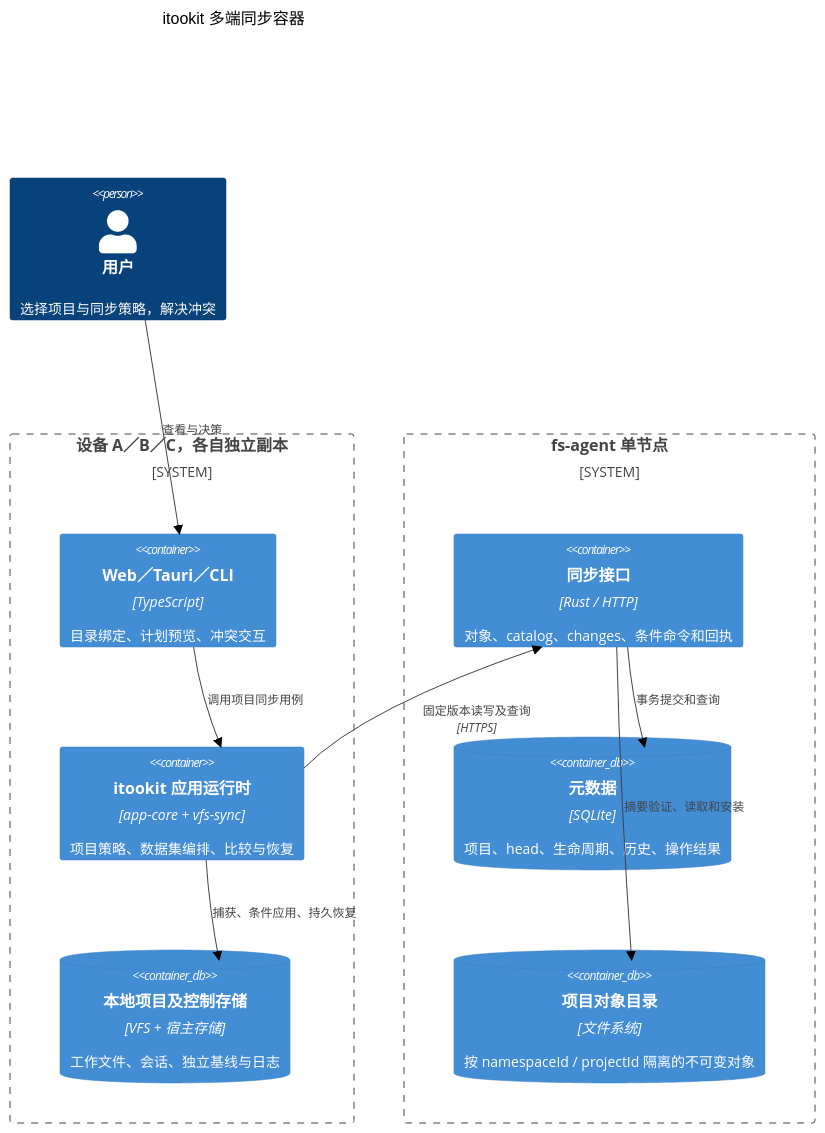
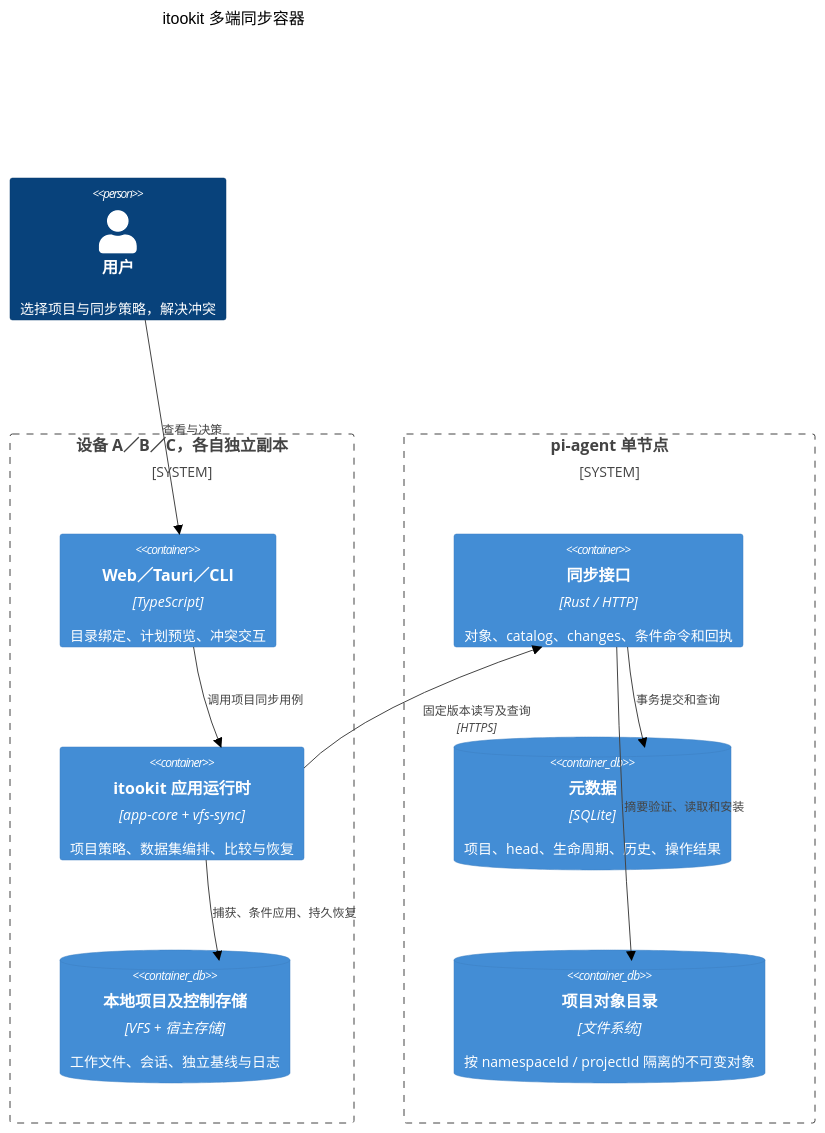
One commit to mushuanli/itookit changed the second of 6 diagrams in doc/design/project-sync.md. Above: the diagram before and after it, drawn with Mermaid (neutral theme). The commit also changed other lines of this file and 188 other files, not shown here.

````diff
--- a/doc/design/project-sync.md
+++ b/doc/design/project-sync.md
@@ -901,21 +901,21 @@
 ```mermaid
 C4Container
     title itookit 多端同步容器
     Person(user, "用户", "选择项目与同步策略，解决冲突")
     System_Boundary(device, "设备 A／B／C，各自独立副本") {
         Container(ui, "Web／Tauri／CLI", "TypeScript", "目录绑定、计划预览、冲突交互")
         Container(app, "itookit 应用运行时", "app-core + vfs-sync", "项目策略、数据集编排、比较与恢复")
         ContainerDb(local, "本地项目及控制存储", "VFS + 宿主存储", "工作文件、会话、独立基线与日志")
     }
-    System_Boundary(server, "fs-agent 单节点") {
+    System_Boundary(server, "pi-agent 单节点") {
         Container(api, "同步接口", "Rust / HTTP", "对象、catalog、changes、条件命令和回执")
         ContainerDb(metadata, "元数据", "SQLite", "项目、head、生命周期、历史、操作结果")
         ContainerDb(objects, "项目对象目录", "文件系统", "按 namespaceId / projectId 隔离的不可变对象")
     }
     Rel(user, ui, "查看与决策")
     Rel(ui, app, "调用项目同步用例")
     Rel(app, local, "捕获、条件应用、持久恢复")
     Rel(app, api, "固定版本读写及查询", "HTTPS")
     Rel(api, metadata, "事务提交和查询")
     Rel(api, objects, "摘要验证、读取和安装")
 ```
````
